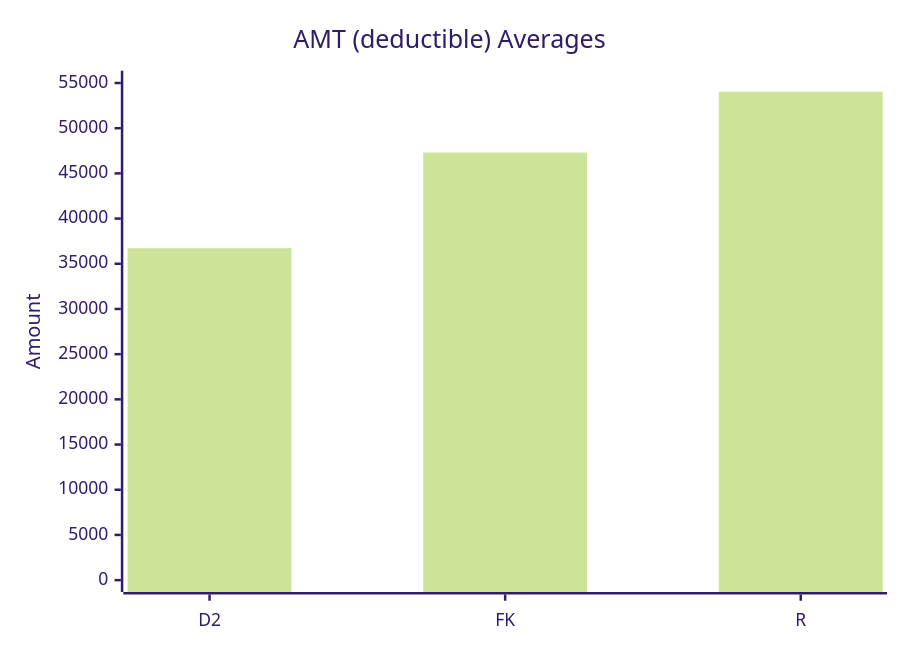
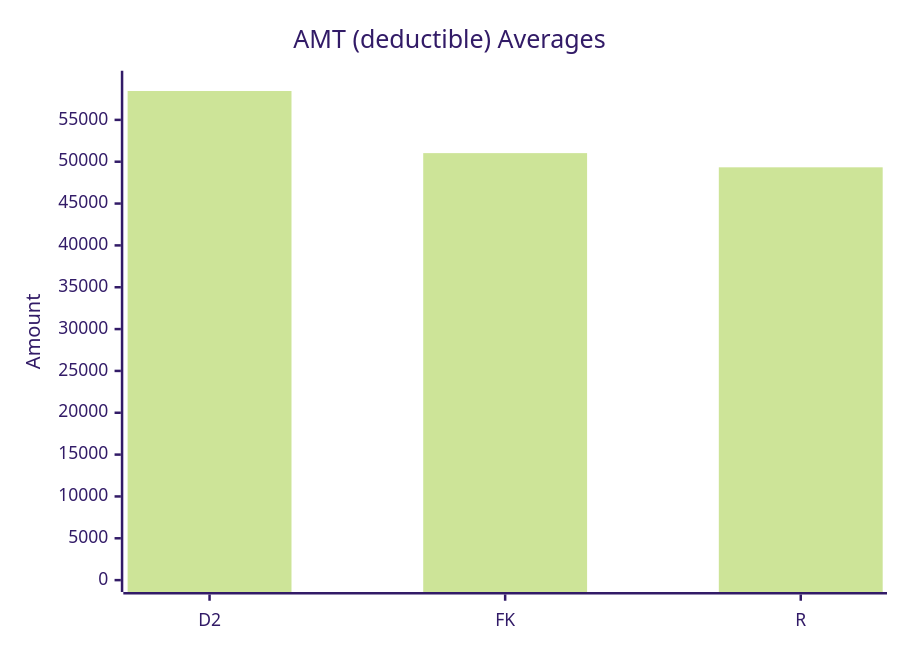
Before and after one commit to dhagan-va/intern-2025: the ninth of 10 diagrams in test-tools/DataGen/src/Statistics_Visualizer.md, drawn with Mermaid (forest theme). The commit also changed other lines of this file and 2 other files, not shown here.

````diff
--- a/test-tools/DataGen/src/Statistics_Visualizer.md
+++ b/test-tools/DataGen/src/Statistics_Visualizer.md
@@ -98,7 +98,7 @@
 ```mermaid
 xychart-beta
     title "AMT (deductible) Averages"
     x-axis ["D2", "FK", "R"]
-    y-axis "Amount" 0 --> 55042.253749999996
-    bar [36729.746875000004, 47307.99312499999, 54042.253749999996]
+    y-axis "Amount" 0 --> 59451.39078431372
+    bar [58451.39078431372, 51026.59313725491, 49330.14862745098]
 ```
````
